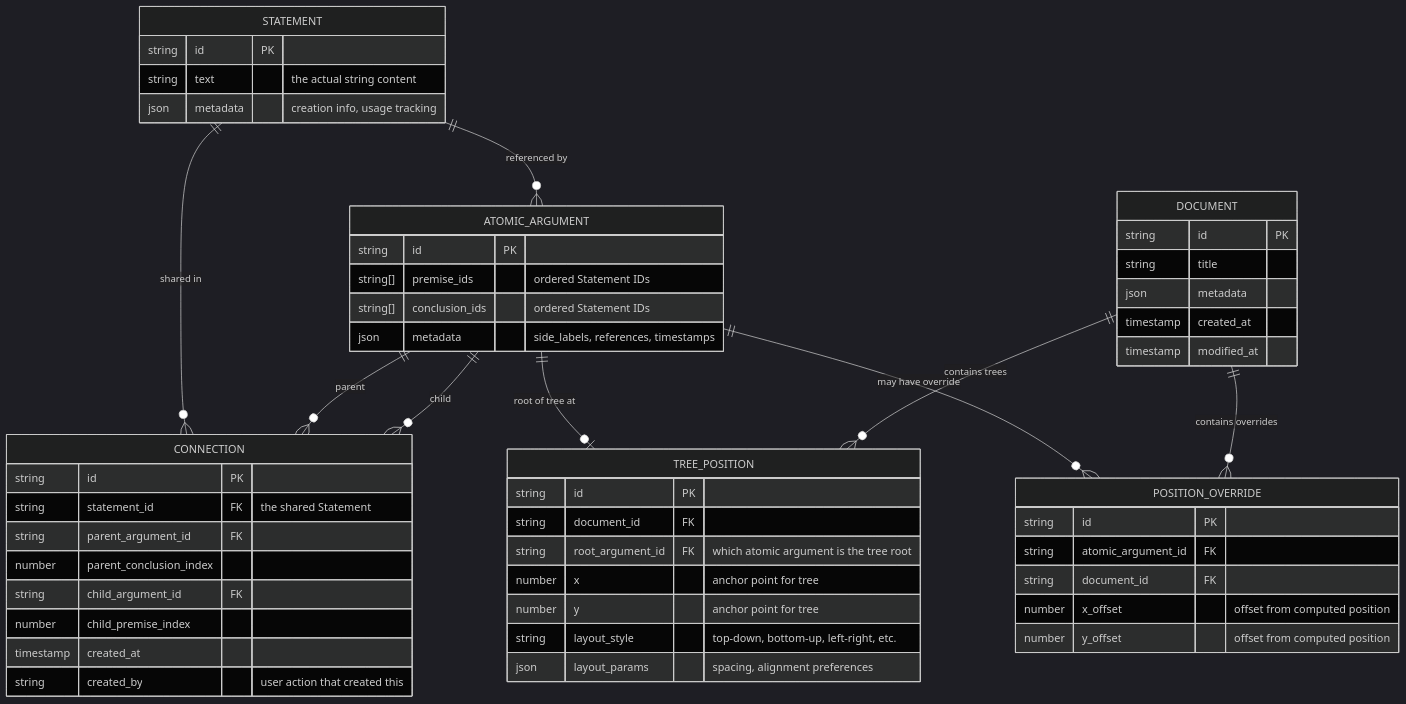
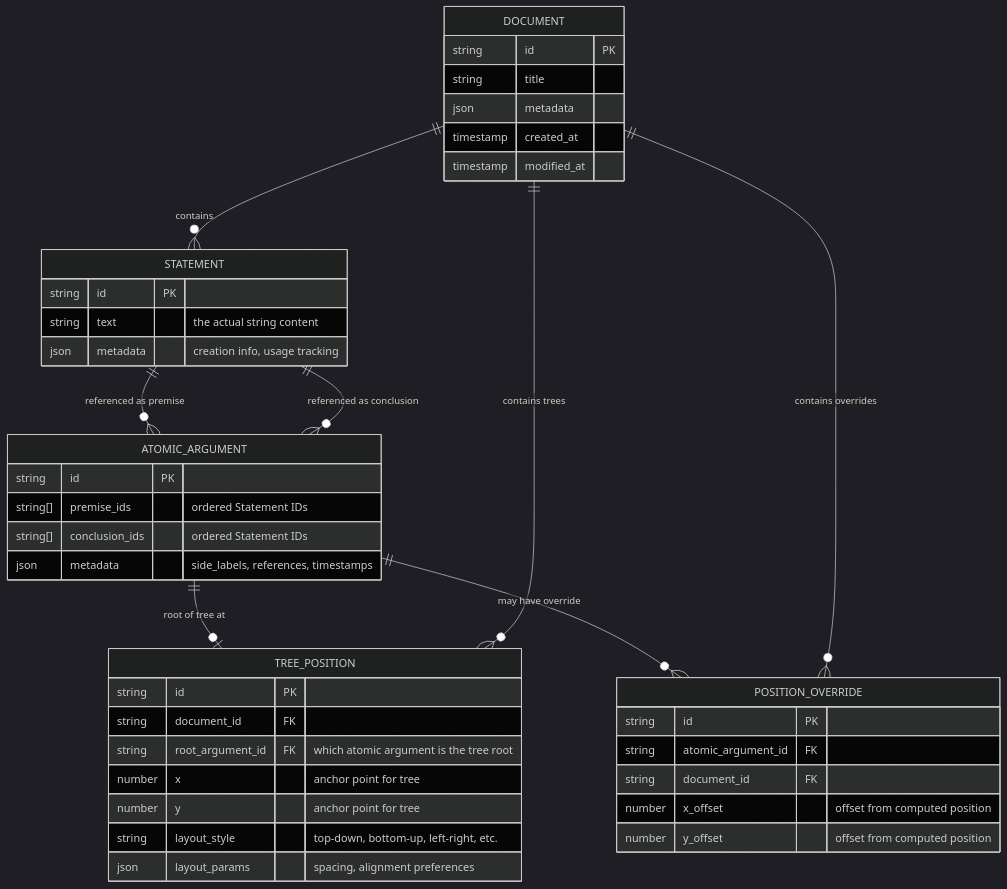
One commit to nate123456/proof-editor changed the first of 2 diagrams in docs/08-technical-design/conceptual-data-model.md. Above: the diagram before and after it, drawn with Mermaid (dark theme). The commit also changed other lines of this file and 11 other files, not shown here.

First line of the commit message:
Update documentation to align with Statement-based connection model

````diff
--- a/docs/08-technical-design/conceptual-data-model.md
+++ b/docs/08-technical-design/conceptual-data-model.md
@@ -17,60 +17,48 @@
 ```mermaid
 erDiagram
     STATEMENT {
         string id PK
         string text "the actual string content"
         json metadata "creation info, usage tracking"
     }
     ATOMIC_ARGUMENT {
         string id PK
         string[] premise_ids "ordered Statement IDs"
         string[] conclusion_ids "ordered Statement IDs"
         json metadata "side_labels, references, timestamps"
-    }
-    
-    CONNECTION {
-        string id PK
-        string statement_id FK "the shared Statement"
-        string parent_argument_id FK
-        number parent_conclusion_index
-        string child_argument_id FK
-        number child_premise_index
-        timestamp created_at
-        string created_by "user action that created this"
     }
     
     DOCUMENT {
         string id PK
         string title
         json metadata
         timestamp created_at
         timestamp modified_at
     }
     
     TREE_POSITION {
         string id PK
         string document_id FK
         string root_argument_id FK "which atomic argument is the tree root"
         number x "anchor point for tree"
         number y "anchor point for tree"
         string layout_style "top-down, bottom-up, left-right, etc."
         json layout_params "spacing, alignment preferences"
     }
     
     POSITION_OVERRIDE {
         string id PK
         string atomic_argument_id FK
         string document_id FK
         number x_offset "offset from computed position"
         number y_offset "offset from computed position"
     }
     
-    STATEMENT ||--o{ ATOMIC_ARGUMENT : "referenced by"
-    STATEMENT ||--o{ CONNECTION : "shared in"
-    ATOMIC_ARGUMENT ||--o{ CONNECTION : "parent"
-    ATOMIC_ARGUMENT ||--o{ CONNECTION : "child"
+    STATEMENT ||--o{ ATOMIC_ARGUMENT : "referenced as premise"
+    STATEMENT ||--o{ ATOMIC_ARGUMENT : "referenced as conclusion"
     ATOMIC_ARGUMENT ||--o| TREE_POSITION : "root of tree at"
     ATOMIC_ARGUMENT ||--o{ POSITION_OVERRIDE : "may have override"
     DOCUMENT ||--o{ TREE_POSITION : "contains trees"
     DOCUMENT ||--o{ POSITION_OVERRIDE : "contains overrides"
+    DOCUMENT ||--o{ STATEMENT : "contains"
 ```
````
